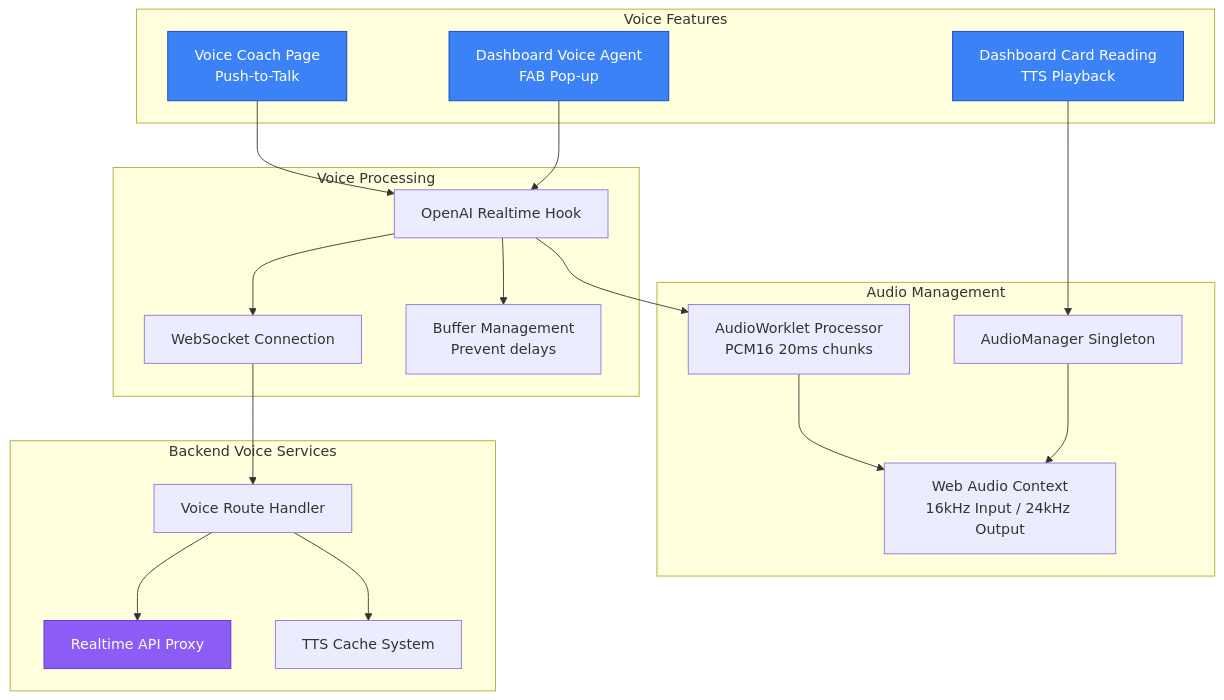
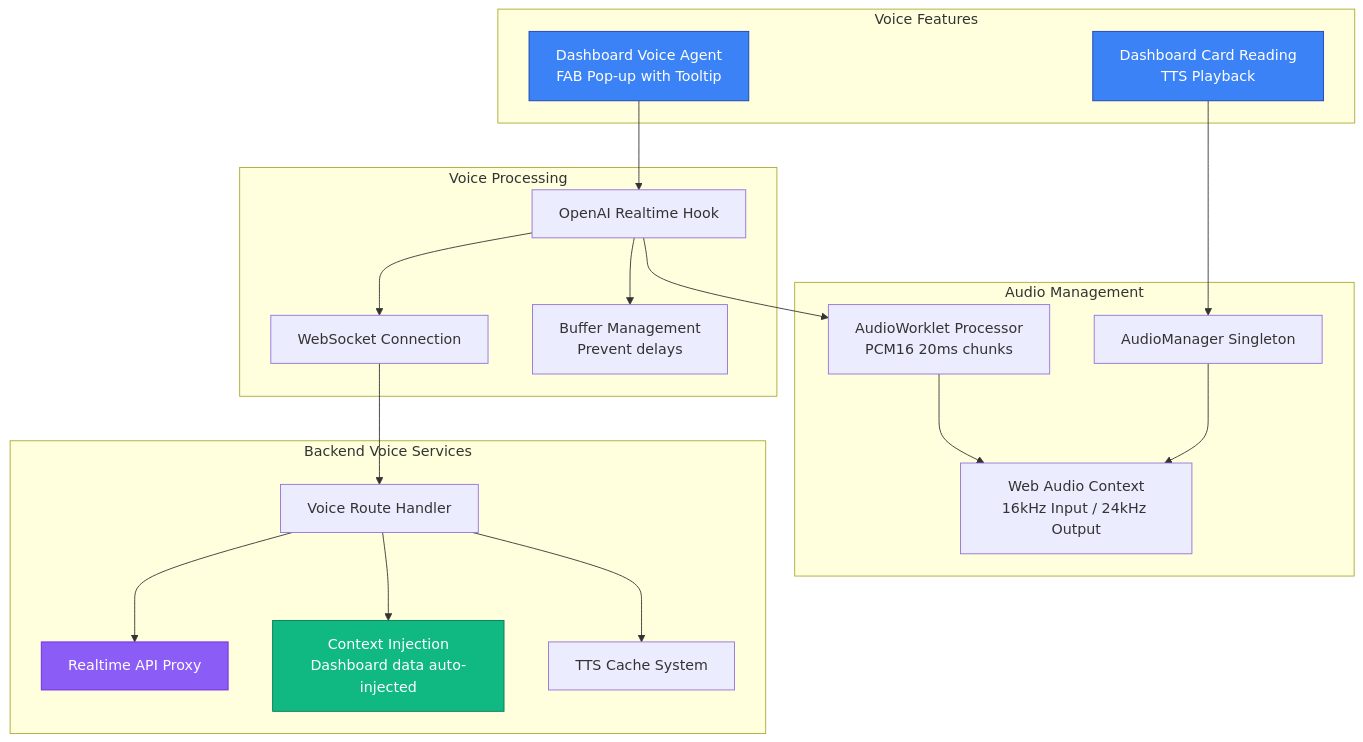
The ninth of 10 diagrams in ARCHITECTURE.md (EyadAlsadouni/AI-Based-Education), drawn with Mermaid before and after one commit. The commit also changed other lines of this file and 11 other files, not shown here.

````diff
--- a/ARCHITECTURE.md
+++ b/ARCHITECTURE.md
@@ -717,46 +686,46 @@
 ```mermaid
 graph TB
     subgraph "Voice Features"
-        VoiceCoach[Voice Coach Page<br/>Push-to-Talk]
-        DashboardVoice[Dashboard Voice Agent<br/>FAB Pop-up]
+        DashboardVoice[Dashboard Voice Agent<br/>FAB Pop-up with Tooltip]
         CardVoice[Dashboard Card Reading<br/>TTS Playback]
     end
     
     subgraph "Audio Management"
         AudioManager[AudioManager Singleton]
         WebAudioContext[Web Audio Context<br/>16kHz Input / 24kHz Output]
         AudioWorkletProcessor[AudioWorklet Processor<br/>PCM16 20ms chunks]
     end
     
     subgraph "Voice Processing"
         OpenAIRealtime[OpenAI Realtime Hook]
         WebSocketConnection[WebSocket Connection]
         BufferManagement[Buffer Management<br/>Prevent delays]
     end
     
     subgraph "Backend Voice Services"
         VoiceRouteHandler[Voice Route Handler]
         RealtimeProxy[Realtime API Proxy]
+        ContextInjection[Context Injection<br/>Dashboard data auto-injected]
         TTSCache[TTS Cache System]
     end
     
-    VoiceCoach --> OpenAIRealtime
     DashboardVoice --> OpenAIRealtime
     CardVoice --> AudioManager
     
     OpenAIRealtime --> WebSocketConnection
     OpenAIRealtime --> AudioWorkletProcessor
     OpenAIRealtime --> BufferManagement
     
     AudioWorkletProcessor --> WebAudioContext
     AudioManager --> WebAudioContext
     
     WebSocketConnection --> VoiceRouteHandler
     VoiceRouteHandler --> RealtimeProxy
+    VoiceRouteHandler --> ContextInjection
     VoiceRouteHandler --> TTSCache
     
-    style VoiceCoach fill:#3b82f6,stroke:#1e40af,color:#fff
     style DashboardVoice fill:#3b82f6,stroke:#1e40af,color:#fff
     style CardVoice fill:#3b82f6,stroke:#1e40af,color:#fff
     style RealtimeProxy fill:#8b5cf6,stroke:#6d28d9,color:#fff
+    style ContextInjection fill:#10b981,stroke:#047857,color:#fff
 ```
````
